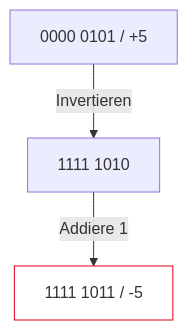
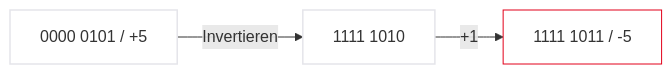
Before and after one commit to dantschi/mct1: diagram 11 of 38 in vorlesungen/01_kickoff.qmd, drawn with Mermaid. The commit also changed other lines of this file and 4 other files, not shown here.

First line of the commit message:
Verbessere Folien-Design: Typografie, Mermaid und Overflow.

````diff
--- a/vorlesungen/01_kickoff.qmd
+++ b/vorlesungen/01_kickoff.qmd
@@ -551,6 +540,8 @@
 ```{mermaid}
-graph TD
+graph LR
   A["0000 0101 / +5"] -->|Invertieren| B["1111 1010"]
-  B -->|Addiere 1| C["1111 1011 / -5"]
+  B -->|"+1"| C["1111 1011 / -5"]
   style C fill:#FFFFFF,stroke:#E2001A,stroke-width:2px !important
+  style A fill:#FFFFFF,stroke:#E5E5EA,stroke-width:1.5px
+  style B fill:#FFFFFF,stroke:#E5E5EA,stroke-width:1.5px
 ```
````
